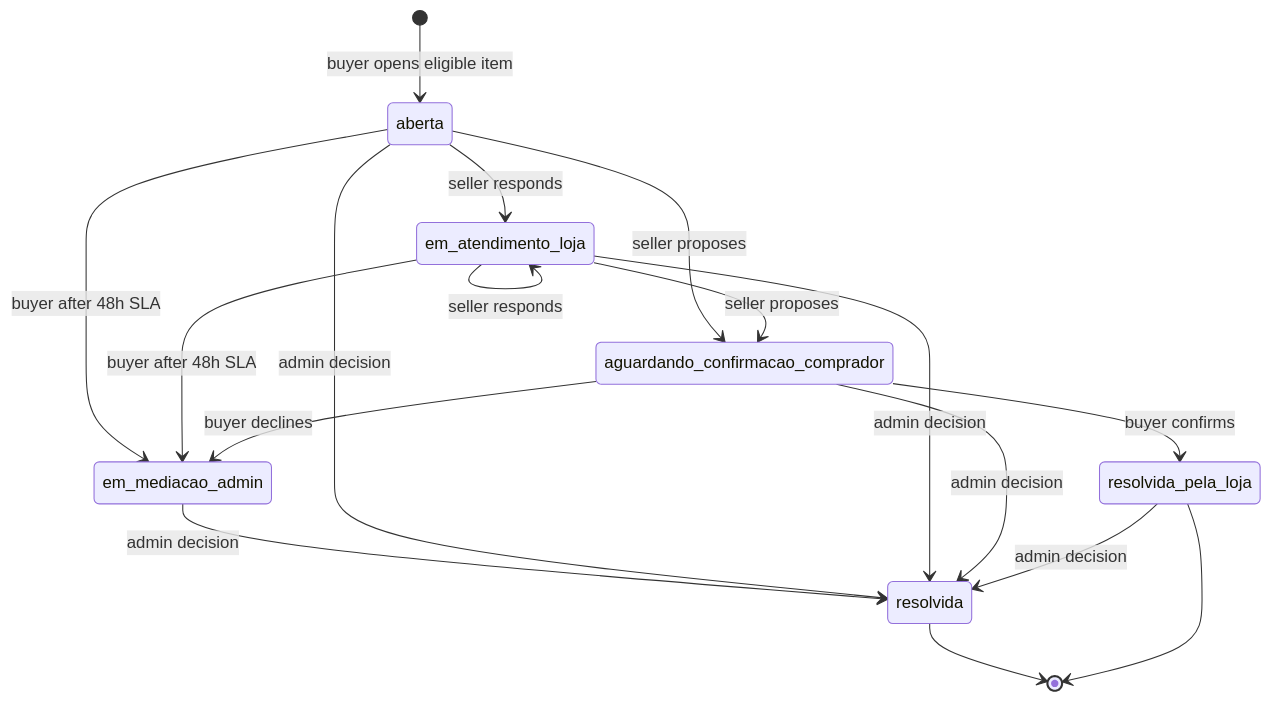
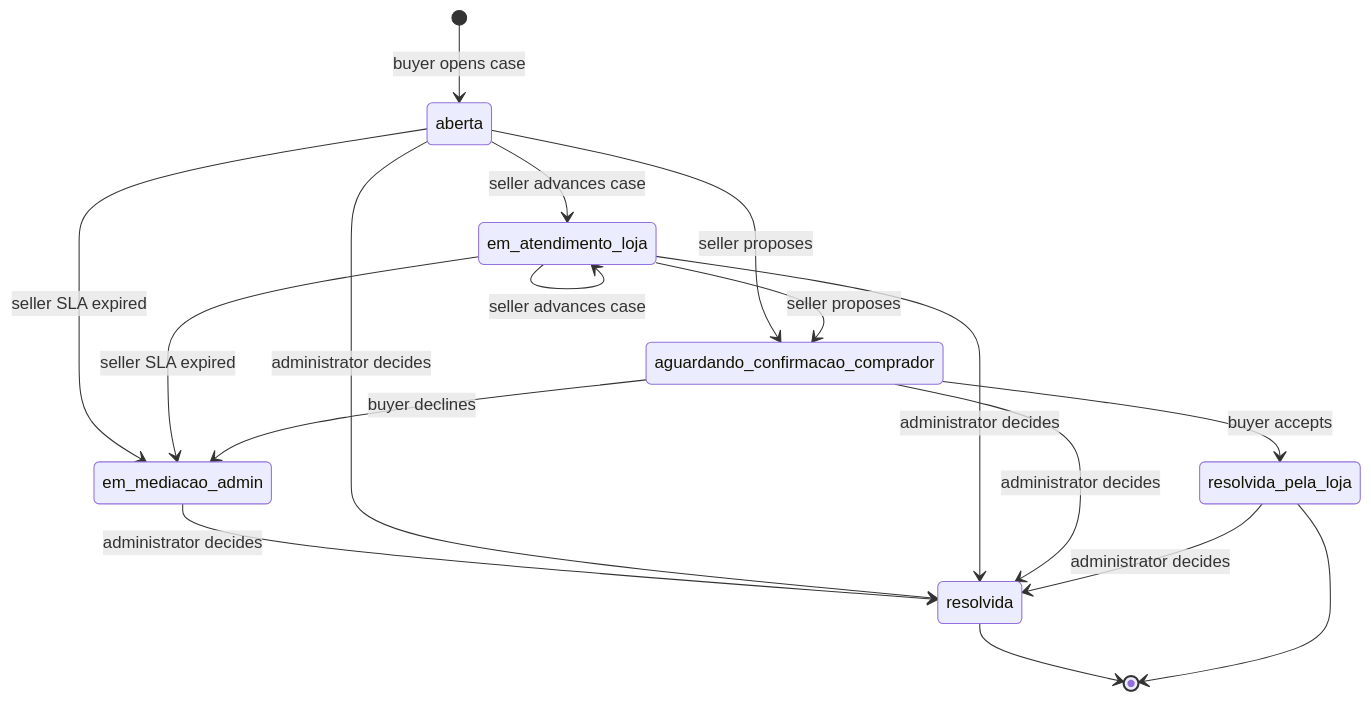
One commit to Schneider-Gr/industria24hIA changed the first of 2 diagrams in openwiki/workflows/after-sales-disputes.md. Above: the diagram before and after it, drawn with Mermaid. The commit also changed other lines of this file and 32 other files, not shown here.

````diff
--- a/openwiki/workflows/after-sales-disputes.md
+++ b/openwiki/workflows/after-sales-disputes.md
@@ -81,19 +87,19 @@
 ```mermaid
 stateDiagram-v2
-    [*] --> aberta: buyer opens eligible item
-    aberta --> em_atendimento_loja: seller responds
-    em_atendimento_loja --> em_atendimento_loja: seller responds
+    [*] --> aberta: buyer opens case
+    aberta --> em_atendimento_loja: seller advances case
+    em_atendimento_loja --> em_atendimento_loja: seller advances case
     aberta --> aguardando_confirmacao_comprador: seller proposes
     em_atendimento_loja --> aguardando_confirmacao_comprador: seller proposes
-    aguardando_confirmacao_comprador --> resolvida_pela_loja: buyer confirms
-    aberta --> em_mediacao_admin: buyer after 48h SLA
-    em_atendimento_loja --> em_mediacao_admin: buyer after 48h SLA
+    aguardando_confirmacao_comprador --> resolvida_pela_loja: buyer accepts
+    aberta --> em_mediacao_admin: seller SLA expired
+    em_atendimento_loja --> em_mediacao_admin: seller SLA expired
     aguardando_confirmacao_comprador --> em_mediacao_admin: buyer declines
-    em_mediacao_admin --> resolvida: admin decision
-    aberta --> resolvida: admin decision
-    em_atendimento_loja --> resolvida: admin decision
-    aguardando_confirmacao_comprador --> resolvida: admin decision
-    resolvida_pela_loja --> resolvida: admin decision
+    em_mediacao_admin --> resolvida: administrator decides
+    aberta --> resolvida: administrator decides
+    em_atendimento_loja --> resolvida: administrator decides
+    aguardando_confirmacao_comprador --> resolvida: administrator decides
+    resolvida_pela_loja --> resolvida: administrator decides
     resolvida --> [*]
     resolvida_pela_loja --> [*]
 ```
````
